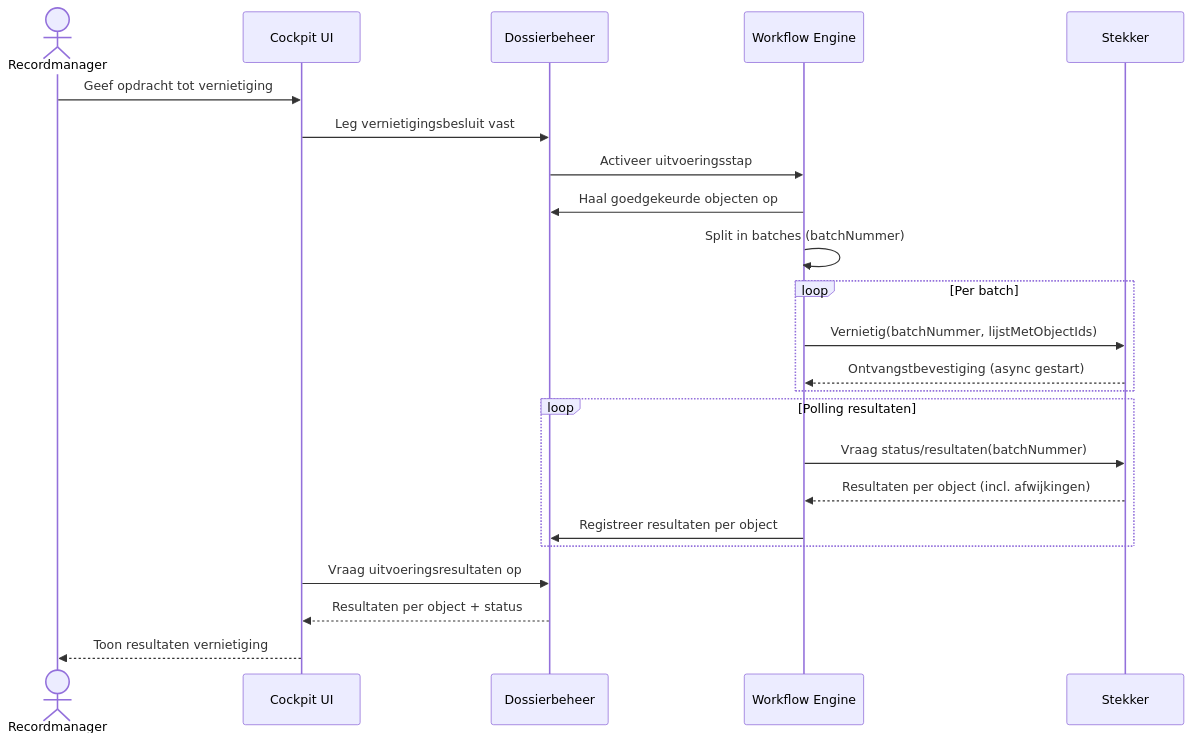
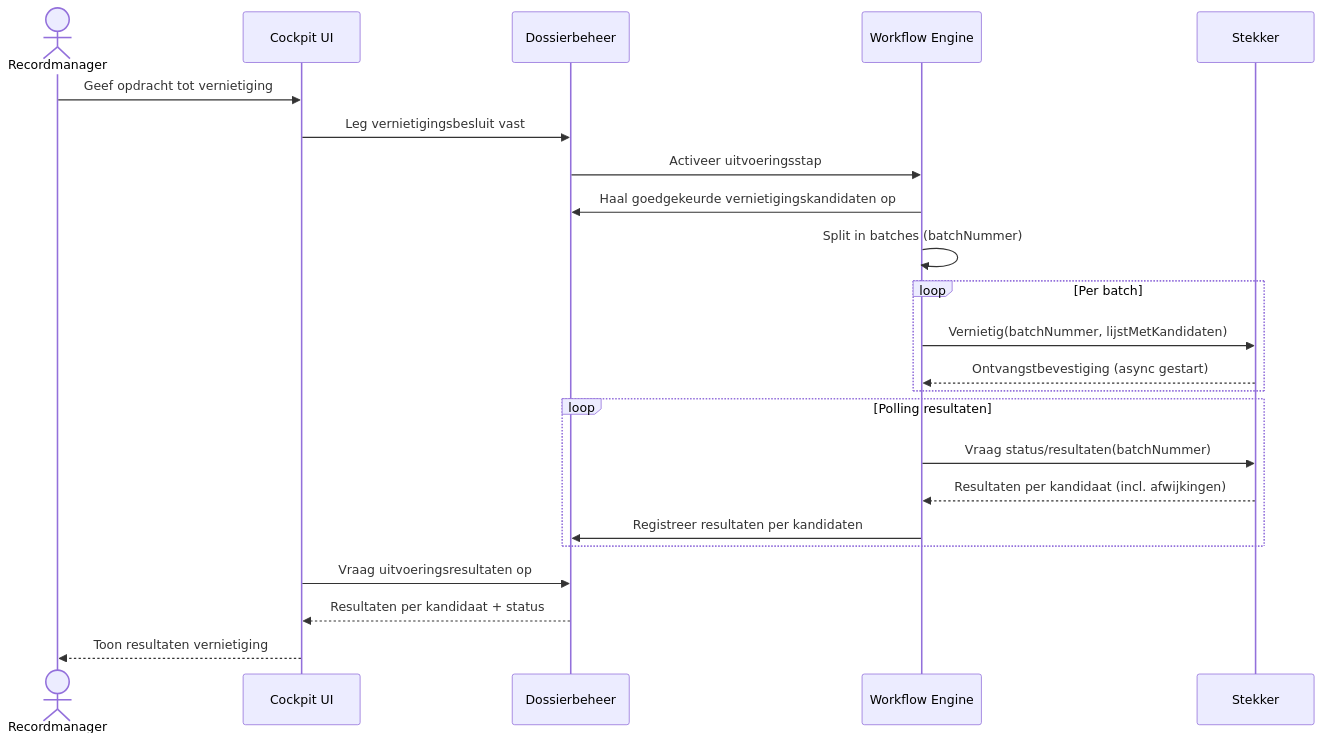
Before and after one commit to GemeenteArnhem/Vernietigingscockpit: the sixth of 11 diagrams in architectuur/sequence-diagrammen.md, drawn with Mermaid. The commit also changed other lines of this file, not shown here.

````diff
--- a/architectuur/sequence-diagrammen.md
+++ b/architectuur/sequence-diagrammen.md
@@ -157,30 +157,30 @@
 ```mermaid
 sequenceDiagram
     actor RM as Recordmanager
     participant UI as Cockpit UI
     participant D as Dossierbeheer
     participant WF as Workflow Engine
     participant Stekker
 
     RM ->> UI: Geef opdracht tot vernietiging
     UI ->> D: Leg vernietigingsbesluit vast
     D ->> WF: Activeer uitvoeringsstap
 
-    WF ->> D: Haal goedgekeurde objecten op
+    WF ->> D: Haal goedgekeurde vernietigingskandidaten op
     WF ->> WF: Split in batches (batchNummer)
 
     loop Per batch
-        WF ->> Stekker: Vernietig(batchNummer, lijstMetObjectIds)
+        WF ->> Stekker: Vernietig(batchNummer, lijstMetKandidaten)
         Stekker -->> WF: Ontvangstbevestiging (async gestart)
     end
 
     loop Polling resultaten
         WF ->> Stekker: Vraag status/resultaten(batchNummer)
-        Stekker -->> WF: Resultaten per object (incl. afwijkingen)
-        WF ->> D: Registreer resultaten per object
+        Stekker -->> WF: Resultaten per kandidaat (incl. afwijkingen)
+        WF ->> D: Registreer resultaten per kandidaten
     end
 
     UI ->> D: Vraag uitvoeringsresultaten op
-    D -->> UI: Resultaten per object + status
+    D -->> UI: Resultaten per kandidaat + status
     UI -->> RM: Toon resultaten vernietiging
 ```
````
